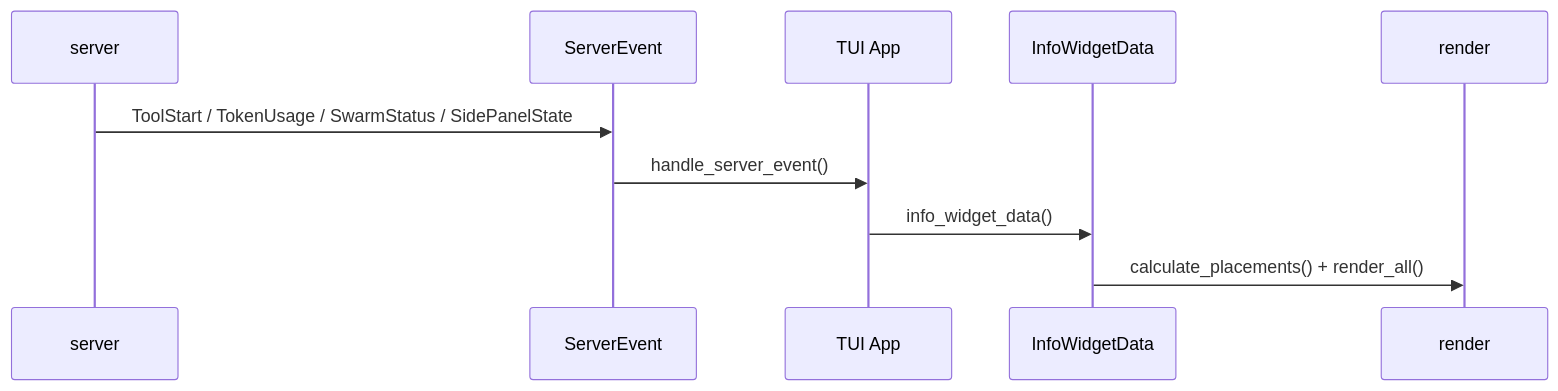
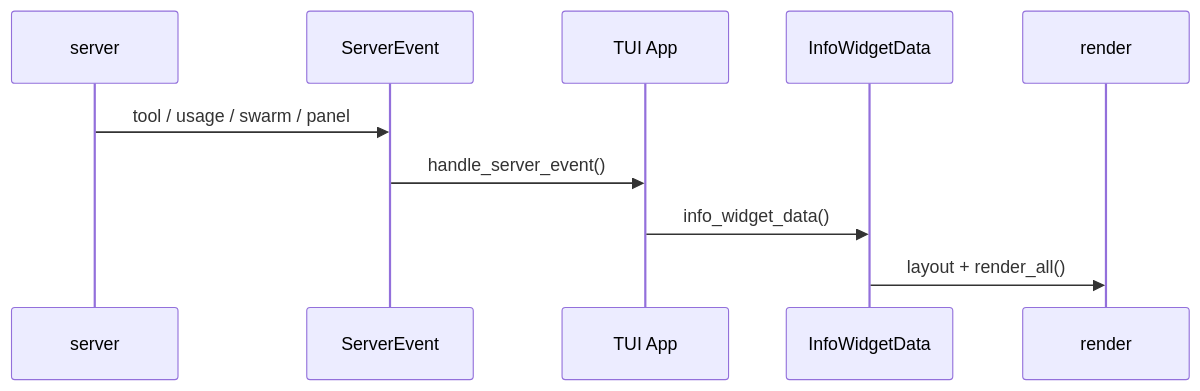
One commit to Br1an67/learn-jcode changed the second of 2 diagrams in docs/en/s06-tui-observability.md. Above: the diagram before and after it, drawn with Mermaid. The commit also changed other lines of this file and 23 other files, not shown here.

Commit message:
Improve Mermaid diagram layout

````diff
--- a/docs/en/s06-tui-observability.md
+++ b/docs/en/s06-tui-observability.md
@@ -30,12 +40,12 @@
 ```mermaid
 sequenceDiagram
   participant Server as server
   participant Event as ServerEvent
   participant App as TUI App
   participant Data as InfoWidgetData
   participant Render as render
-  Server->>Event: ToolStart / TokenUsage / SwarmStatus / SidePanelState
+  Server->>Event: tool / usage / swarm / panel
   Event->>App: handle_server_event()
   App->>Data: info_widget_data()
-  Data->>Render: calculate_placements() + render_all()
+  Data->>Render: layout + render_all()
 ```
````
